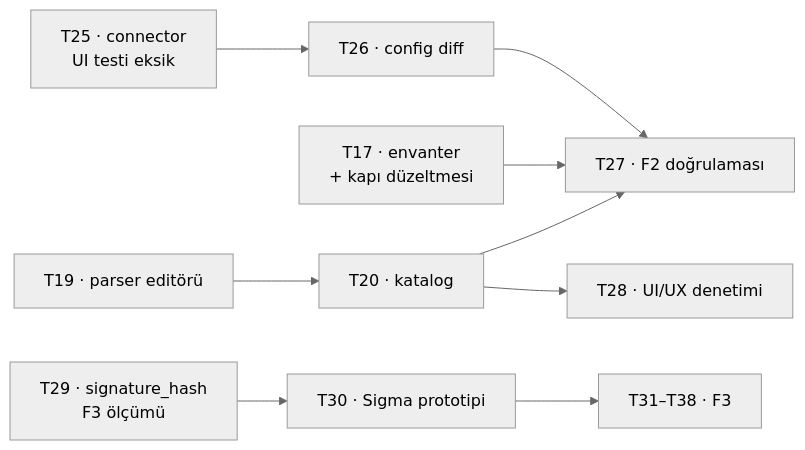
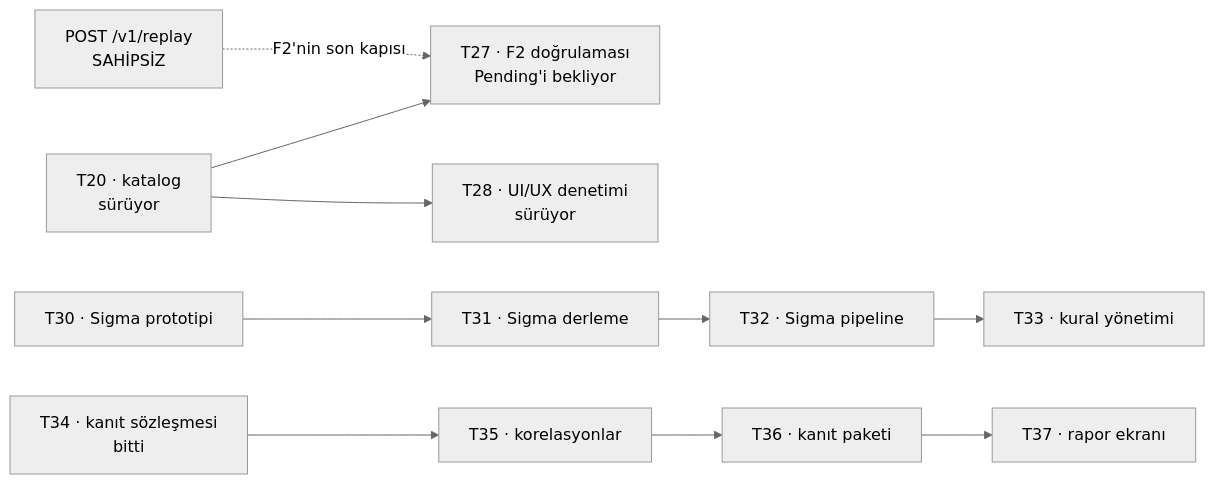
One commit to hakkisagdic/loganalyzer changed the diagram in docs/epic/is-envanteri/index.md. Above: the diagram before and after it, drawn with Mermaid (neutral theme). The commit also changed other lines of this file, not shown here.

````diff
--- a/docs/epic/is-envanteri/index.md
+++ b/docs/epic/is-envanteri/index.md
@@ -118,10 +177,10 @@
 ```mermaid
 flowchart LR
-  T25["T25 · connector<br/>UI testi eksik"] --> T26["T26 · config diff"]
-  T17["T17 · envanter<br/>+ kapı düzeltmesi"] --> T27
-  T19["T19 · parser editörü"] --> T20["T20 · katalog"] --> T27
-  T26 --> T27["T27 · F2 doğrulaması"]
-  T20 --> T28["T28 · UI/UX denetimi"]
-  T29["T29 · signature_hash<br/>F3 ölçümü"] --> T30["T30 · Sigma prototipi"]
-  T30 --> T31["T31–T38 · F3"]
+  T20["T20 · katalog<br/>sürüyor"] --> T27["T27 · F2 doğrulaması<br/>Pending'i bekliyor"]
+  T20 --> T28["T28 · UI/UX denetimi<br/>sürüyor"]
+  REPLAY["POST /v1/replay<br/>SAHİPSİZ"] -.->|F2'nin son kapısı| T27
+  T30["T30 · Sigma prototipi"] --> T31["T31 · Sigma derleme"]
+  T31 --> T32["T32 · Sigma pipeline"] --> T33["T33 · kural yönetimi"]
+  T34["T34 · kanıt sözleşmesi<br/>bitti"] --> T35["T35 · korelasyonlar"]
+  T35 --> T36["T36 · kanıt paketi"] --> T37["T37 · rapor ekranı"]
 ```
````
